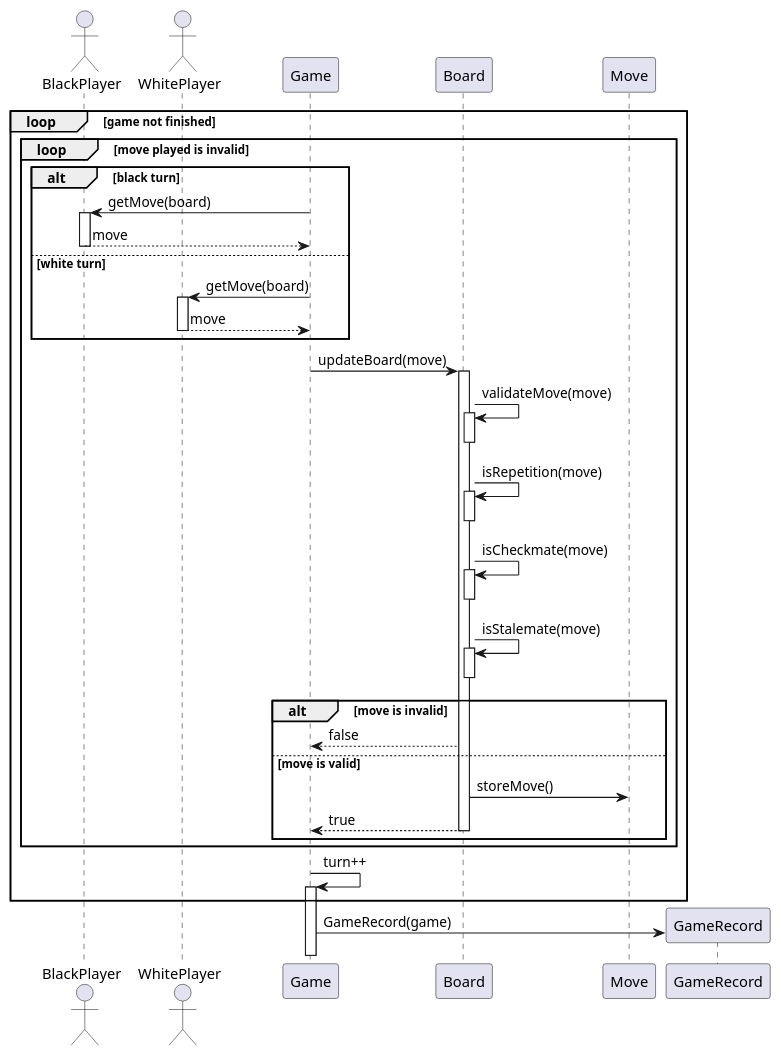
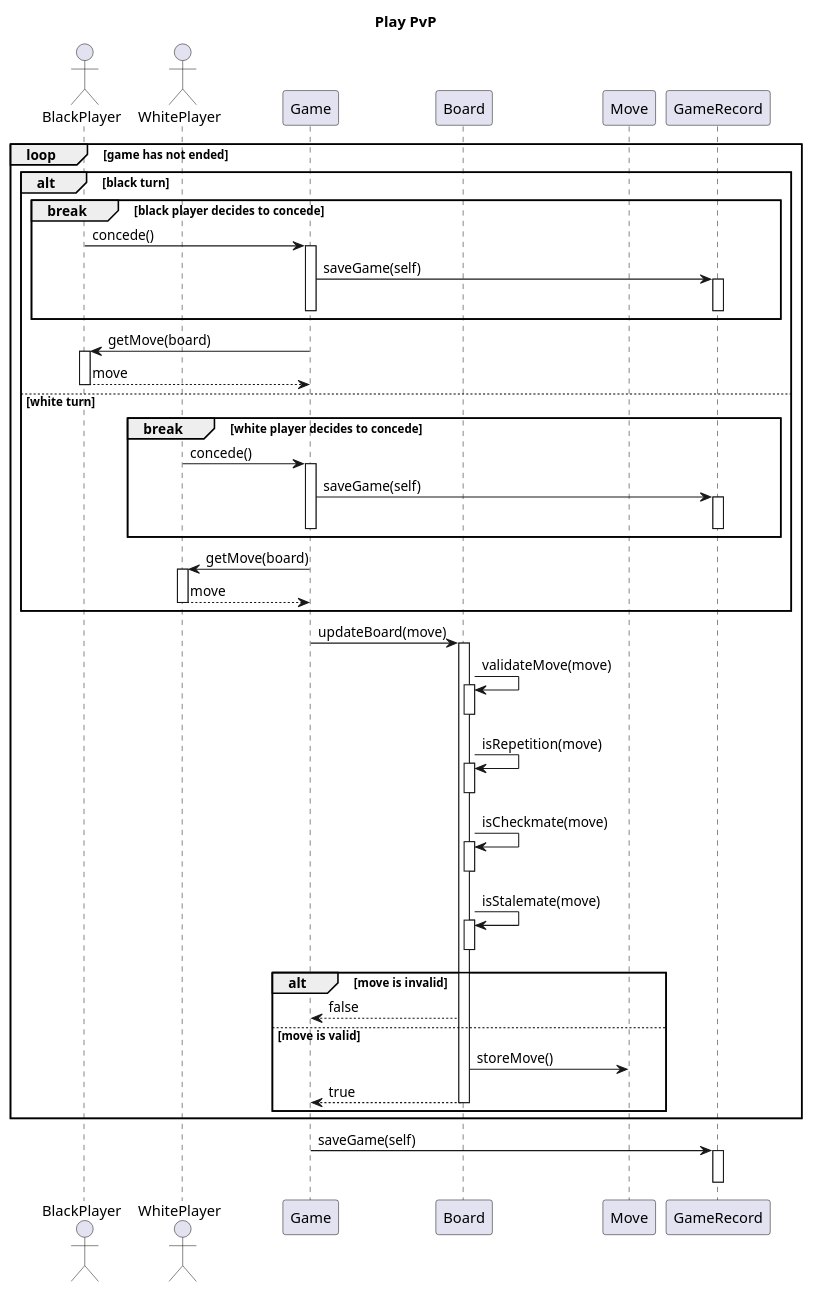
Before and after one commit to ECE493-W22-G04/rl-chess: the diagram in docs/preliminary_design_diagrams/sequence_diagrams/play_pvp.puml, drawn with PlantUML. The commit also changed 2 other files, not shown here.

```diff
--- a/docs/preliminary_design_diagrams/sequence_diagrams/play_pvp.puml
+++ b/docs/preliminary_design_diagrams/sequence_diagrams/play_pvp.puml
@@ -1,48 +1,70 @@
 @startuml
+
+title Play PvP
 
 actor BlackPlayer
 actor WhitePlayer
+participant Game
+participant Board
+participant Move
+participant GameRecord
 
-loop game not finished
-    loop move played is invalid
-        alt black turn
-            Game -> BlackPlayer : getMove(board)
-            activate BlackPlayer
-            BlackPlayer --> Game : move
-            deactivate BlackPlayer
-        else white turn
-            Game -> WhitePlayer : getMove(board)
-            activate WhitePlayer
-            WhitePlayer --> Game : move
-            deactivate WhitePlayer
-        end
-        autoactivate off
-        Game -> Board: updateBoard(move)
-            activate Board
-                Board -> Board: validateMove(move)
-                    activate Board
-                    deactivate Board
-                Board -> Board: isRepetition(move)
-                    activate Board
-                    deactivate Board
-                Board -> Board: isCheckmate(move)
-                    activate Board
-                    deactivate Board
-                Board -> Board: isStalemate(move)
-                    activate Board
-                    deactivate Board
-                alt move is invalid
-                    Board --> Game : false
-                else move is valid
-                    Board -> Move : storeMove()
-                    Board --> Game : true
-                    deactivate Board
-                end
-        autoactivate on
+loop game has not ended
+    alt black turn
+        break black player decides to concede
+            BlackPlayer -> Game : concede()
+            activate Game
+            Game -> GameRecord : saveGame(self)
+            activate GameRecord
+            deactivate GameRecord
+            deactivate Game
         end
 
-    Game -> Game : turn++
+        Game -> BlackPlayer : getMove(board)
+        activate BlackPlayer
+        BlackPlayer --> Game : move
+        deactivate BlackPlayer
+    else white turn
+
+        break white player decides to concede
+            WhitePlayer -> Game : concede()
+            activate Game
+            Game -> GameRecord : saveGame(self)
+            activate GameRecord
+            deactivate GameRecord
+            deactivate Game
+        end
+
+        Game -> WhitePlayer : getMove(board)
+        activate WhitePlayer
+        WhitePlayer --> Game : move
+        deactivate WhitePlayer
+    end
+    autoactivate off
+    Game -> Board: updateBoard(move)
+        activate Board
+            Board -> Board: validateMove(move)
+                activate Board
+                deactivate Board
+            Board -> Board: isRepetition(move)
+                activate Board
+                deactivate Board
+            Board -> Board: isCheckmate(move)
+                activate Board
+                deactivate Board
+            Board -> Board: isStalemate(move)
+                activate Board
+                deactivate Board
+            alt move is invalid
+                Board --> Game : false
+            else move is valid
+                Board -> Move : storeMove()
+                Board --> Game : true
+                deactivate Board
+            end
 end
 
-Game -> GameRecord ** : GameRecord(game)
+Game -> GameRecord : saveGame(self)
+activate GameRecord
+deactivate GameRecord
 @enduml
```
